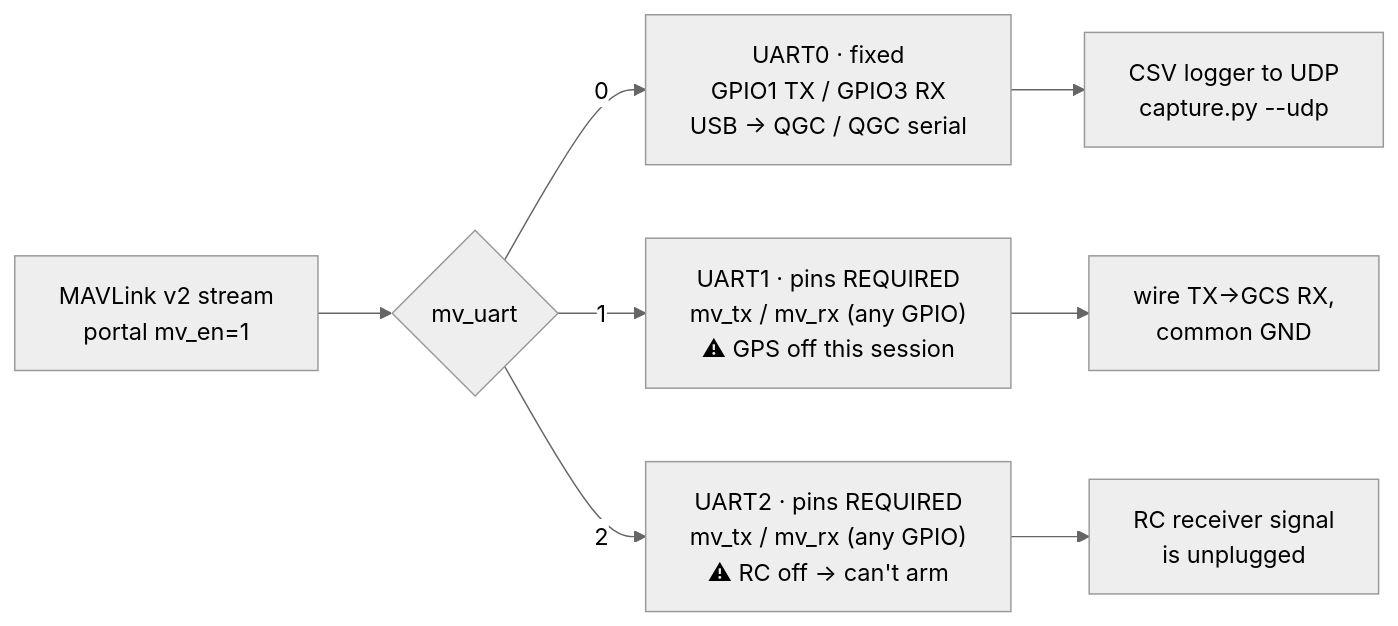
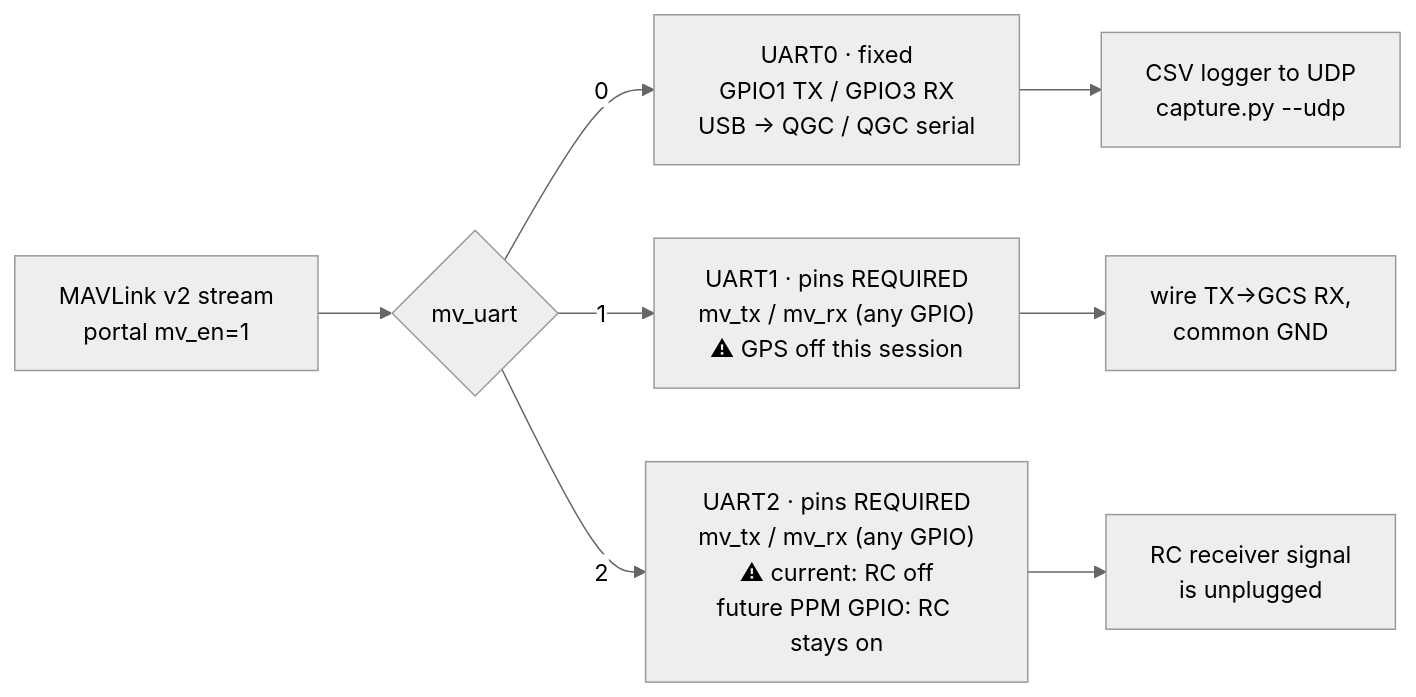
Before and after one commit to djtrance/ardroneReBorn: the second of 3 diagrams in esp32-airplane/docs/wiring.md, drawn with Mermaid (neutral theme). The commit also changed other lines of this file, not shown here.

Commit message:
docs(wiring): document PPM RC input as future UART2-free option

````diff
--- a/esp32-airplane/docs/wiring.md
+++ b/esp32-airplane/docs/wiring.md
@@ -245,10 +276,10 @@
 ```mermaid
 graph LR
     MV["MAVLink v2 stream<br/>portal mv_en=1"] --> Q{"mv_uart"}
     Q -->|"0"| O0["UART0 · fixed<br/>GPIO1 TX / GPIO3 RX<br/>USB → QGC / QGC serial"]
     Q -->|"1"| O1["UART1 · pins REQUIRED<br/>mv_tx / mv_rx (any GPIO)<br/>⚠ GPS off this session"]
-    Q -->|"2"| O2["UART2 · pins REQUIRED<br/>mv_tx / mv_rx (any GPIO)<br/>⚠ RC off → can't arm"]
+    Q -->|"2"| O2["UART2 · pins REQUIRED<br/>mv_tx / mv_rx (any GPIO)<br/>⚠ current: RC off<br/>future PPM GPIO: RC stays on"]
     O0 --> W0["CSV logger to UDP<br/>capture.py --udp"]
     O1 --> W1["wire TX→GCS RX,<br/>common GND"]
     O2 --> W2["RC receiver signal<br/>is unplugged"]
 ```
````
